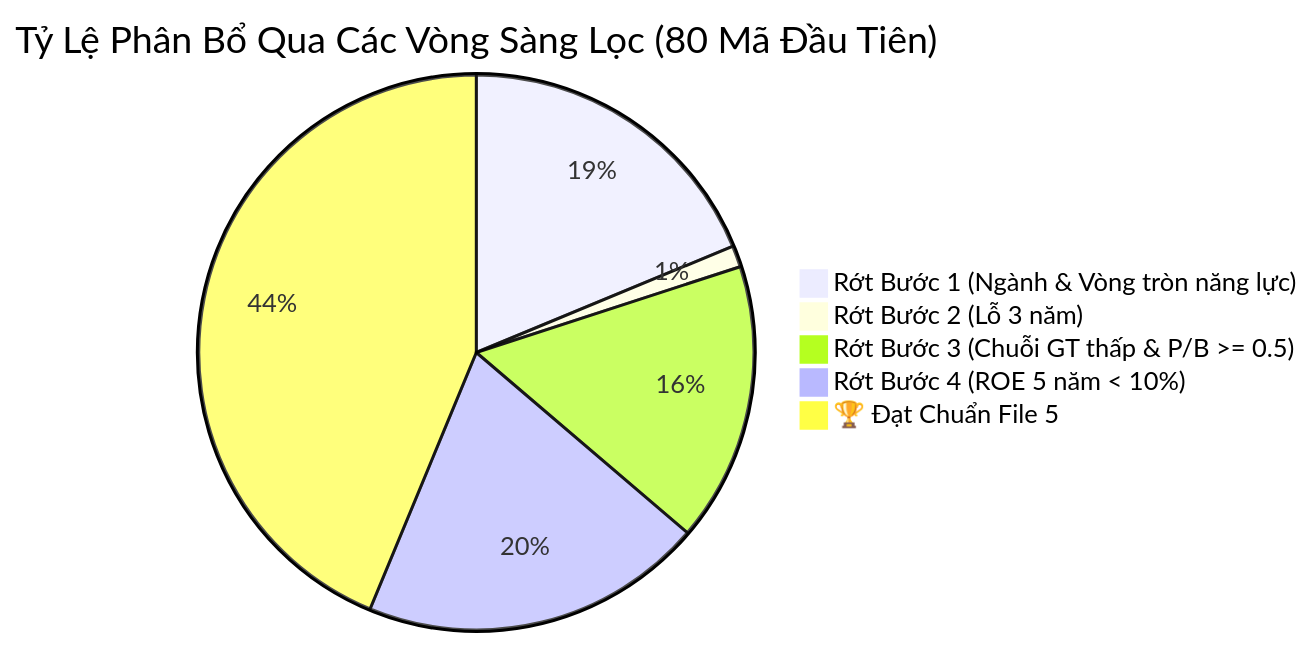
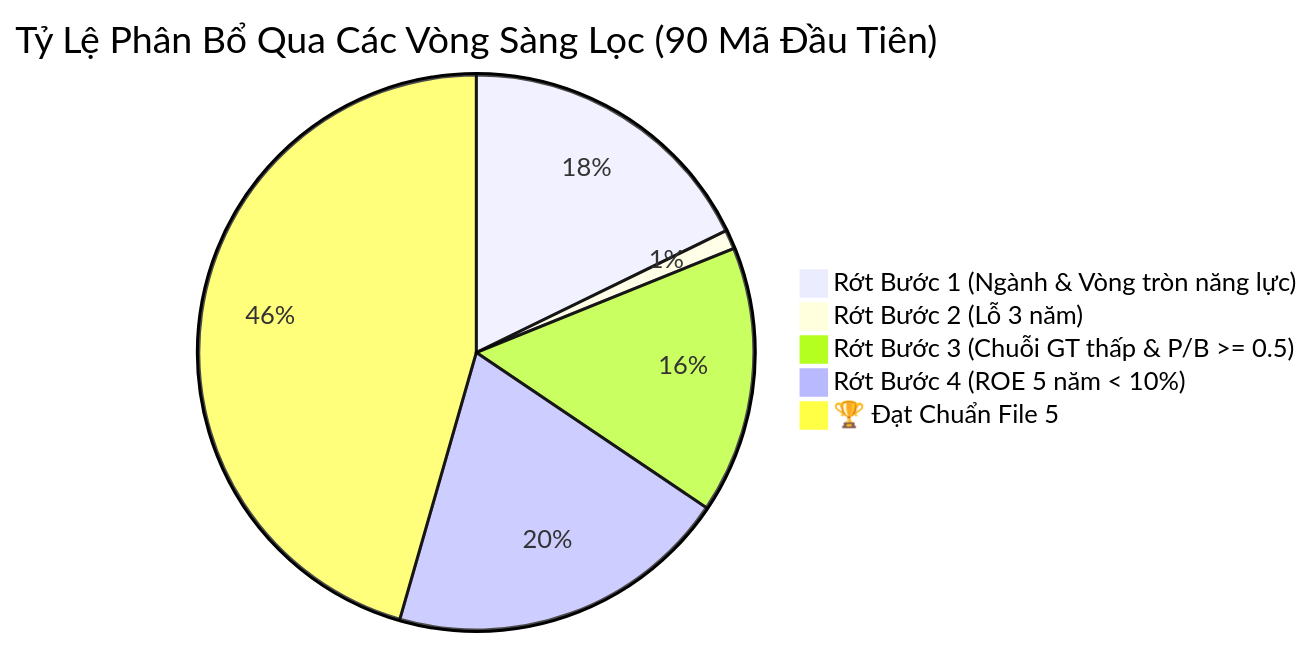
The diagram in screenings/screening_dashboard.md (lenhan1102/pdf-analyzer), drawn with Mermaid before and after one commit. The commit also changed other lines of this file and 10 other files, not shown here.

````diff
--- a/screenings/screening_dashboard.md
+++ b/screenings/screening_dashboard.md
@@ -9,8 +9,8 @@
 ```mermaid
-pie title Tỷ Lệ Phân Bổ Qua Các Vòng Sàng Lọc (80 Mã Đầu Tiên)
-    "Rớt Bước 1 (Ngành & Vòng tròn năng lực)" : 15
+pie title Tỷ Lệ Phân Bổ Qua Các Vòng Sàng Lọc (90 Mã Đầu Tiên)
+    "Rớt Bước 1 (Ngành & Vòng tròn năng lực)" : 16
     "Rớt Bước 2 (Lỗ 3 năm)" : 1
-    "Rớt Bước 3 (Chuỗi GT thấp & P/B >= 0.5)" : 13
-    "Rớt Bước 4 (ROE 5 năm < 10%)" : 16
-    "🏆 Đạt Chuẩn File 5" : 35
+    "Rớt Bước 3 (Chuỗi GT thấp & P/B >= 0.5)" : 14
+    "Rớt Bước 4 (ROE 5 năm < 10%)" : 18
+    "🏆 Đạt Chuẩn File 5" : 41
 ```
````
